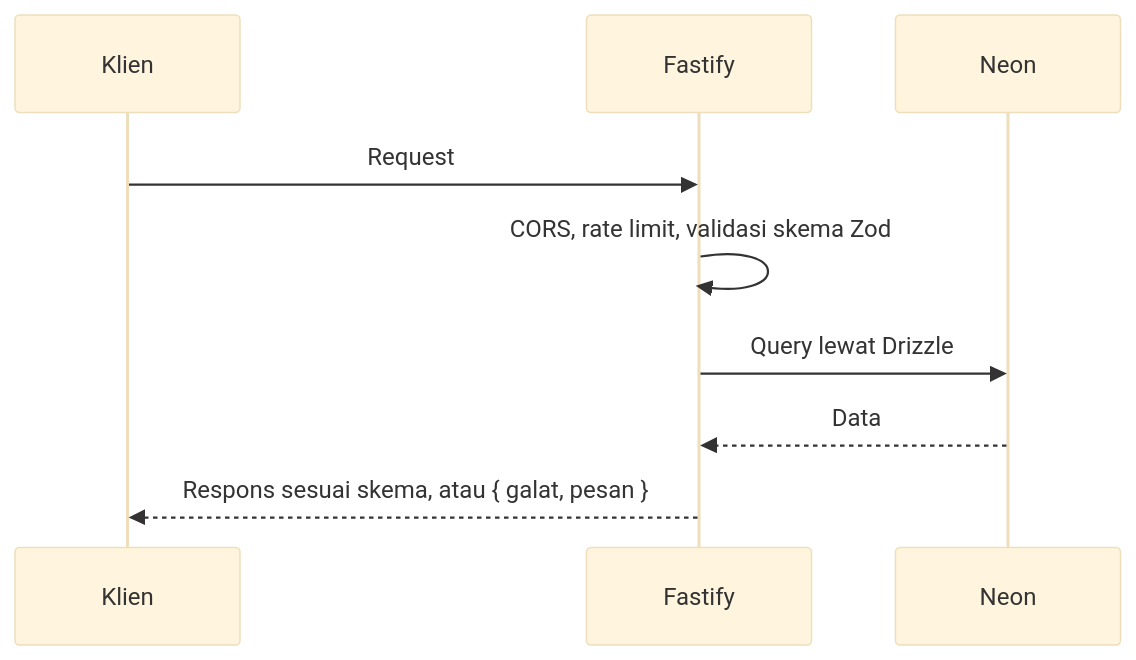
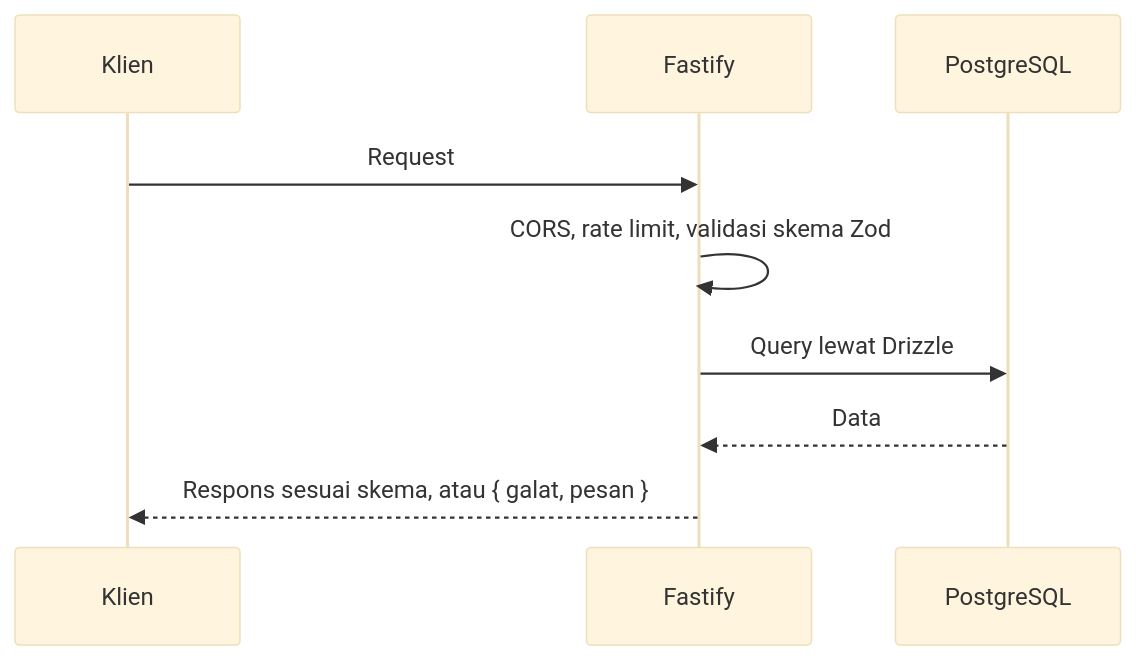
One commit to al-dioooo/akses-bogor-api changed the second of 3 diagrams in docs/arsitektur.md. Above: the diagram before and after it, drawn with Mermaid (base theme). The commit also changed other lines of this file and 8 other files, not shown here.

````diff
--- a/docs/arsitektur.md
+++ b/docs/arsitektur.md
@@ -23,11 +23,11 @@
 ```mermaid
 sequenceDiagram
   participant K as Klien
   participant F as Fastify
-  participant DB as Neon
+  participant DB as PostgreSQL
   K->>F: Request
   F->>F: CORS, rate limit, validasi skema Zod
   F->>DB: Query lewat Drizzle
   DB-->>F: Data
   F-->>K: Respons sesuai skema, atau { galat, pesan }
 ```
````
